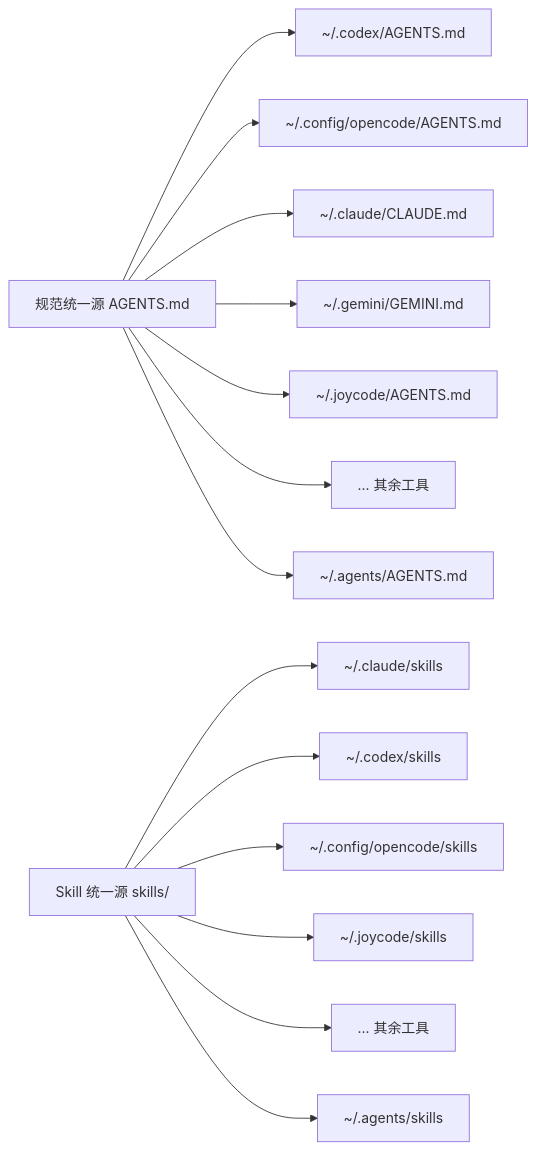
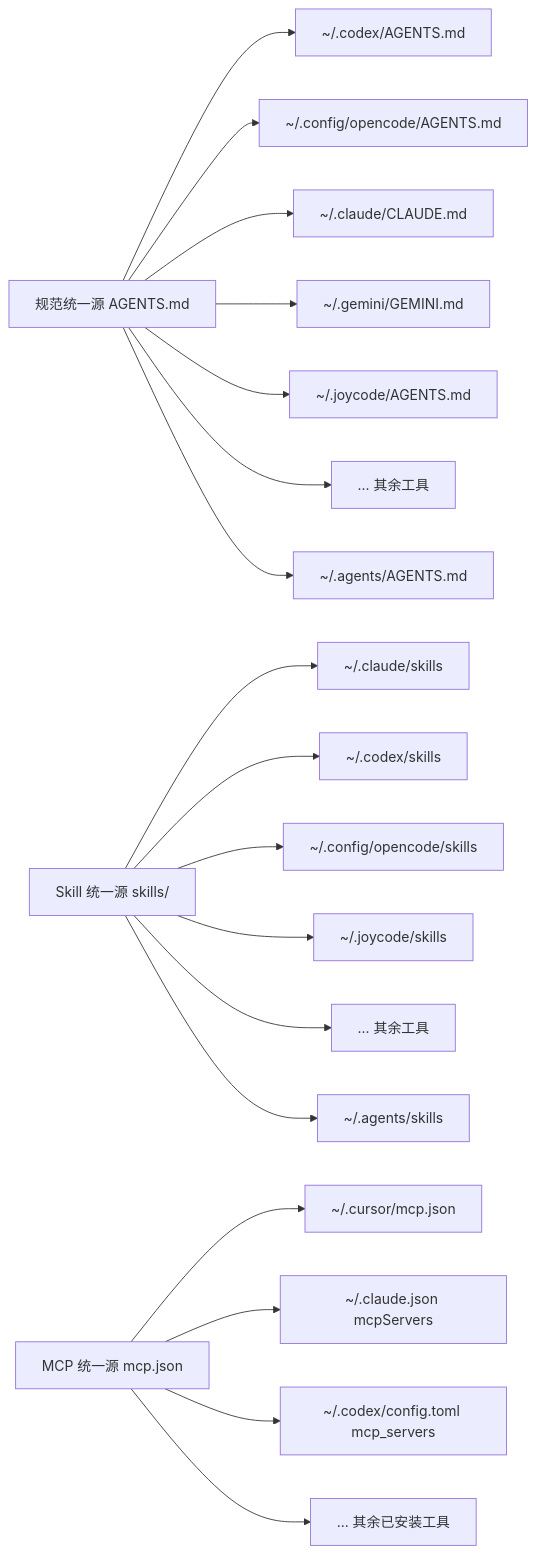
Before and after one commit to x0c/agentsync: the second of 2 diagrams in docs/AGENTSYNC_KNOWLEDGE_BASE.md, drawn with Mermaid. The commit also changed other lines of this file and 20 other files, not shown here.

````diff
--- a/docs/AGENTSYNC_KNOWLEDGE_BASE.md
+++ b/docs/AGENTSYNC_KNOWLEDGE_BASE.md
@@ -58,16 +64,20 @@
 ```mermaid
 flowchart LR
     Source[规范统一源 AGENTS.md] --> Codex[~/.codex/AGENTS.md]
     Source --> OpenCode[~/.config/opencode/AGENTS.md]
     Source --> Claude[~/.claude/CLAUDE.md]
     Source --> Gemini[~/.gemini/GEMINI.md]
     Source --> JoyCode[~/.joycode/AGENTS.md]
     Source --> Etc1[... 其余工具]
     Source --> Agents[~/.agents/AGENTS.md]
     SkillSource[Skill 统一源 skills/] --> ClaudeSkills[~/.claude/skills]
     SkillSource --> CodexSkills[~/.codex/skills]
     SkillSource --> OpenCodeSkills[~/.config/opencode/skills]
     SkillSource --> JoyCodeSkills[~/.joycode/skills]
     SkillSource --> Etc2[... 其余工具]
     SkillSource --> AgentsSkills[~/.agents/skills]
+    MCPSource[MCP 统一源 mcp.json] --> CursorMCP[~/.cursor/mcp.json]
+    MCPSource --> ClaudeMCP["~/.claude.json mcpServers"]
+    MCPSource --> CodexMCP["~/.codex/config.toml mcp_servers"]
+    MCPSource --> Etc3[... 其余已安装工具]
 ```
````
